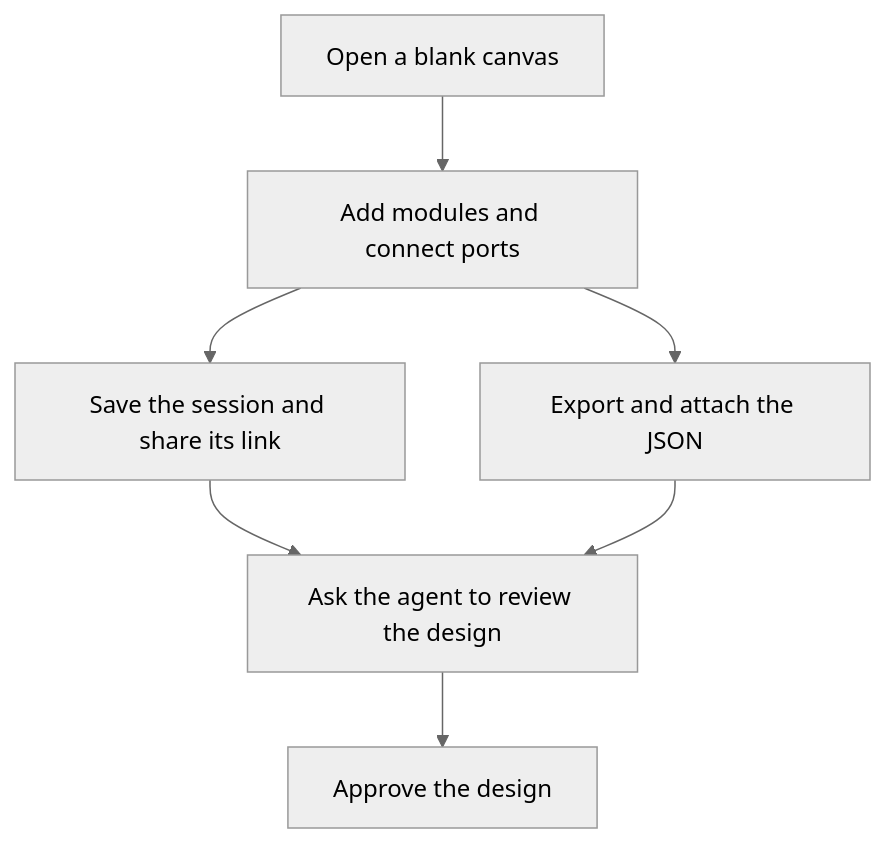
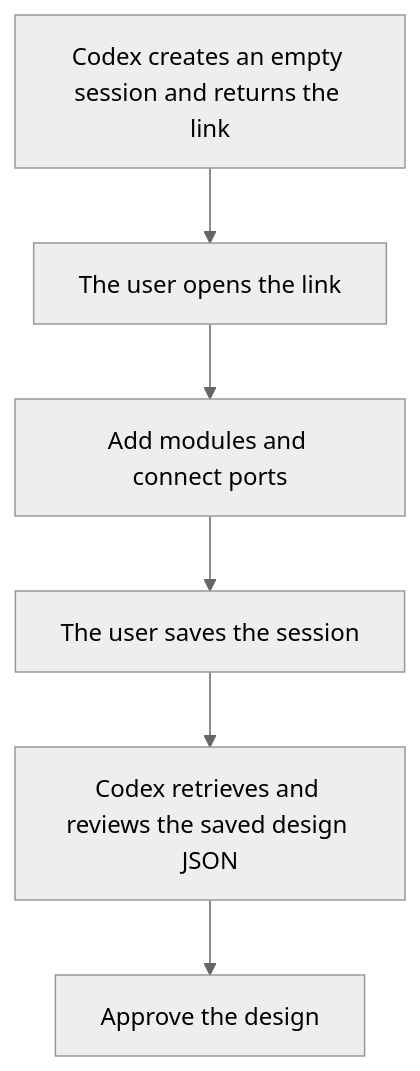
One commit to Nobu19800/RTC-Agent-Tools changed the first of 2 diagrams in docs/en/empty-session.md. Above: the diagram before and after it, drawn with Mermaid (neutral theme). The commit also changed other lines of this file and 44 other files, not shown here.

````diff
--- a/docs/en/empty-session.md
+++ b/docs/en/empty-session.md
@@ -23,15 +23,14 @@
 ```mermaid
 flowchart TD
-    blank["Open a blank canvas"]
+    create["Codex creates an empty session and returns the link"]
+    blank["The user opens the link"]
     design["Add modules and connect ports"]
-    saved["Save the session and share its link"]
-    exported["Export and attach the JSON"]
-    review["Ask the agent to review the design"]
+    saved["The user saves the session"]
+    review["Codex retrieves and reviews the saved design JSON"]
     approve["Approve the design"]
+    create --> blank
     blank --> design
     design --> saved
-    design --> exported
     saved --> review
-    exported --> review
     review --> approve
 ```
````
